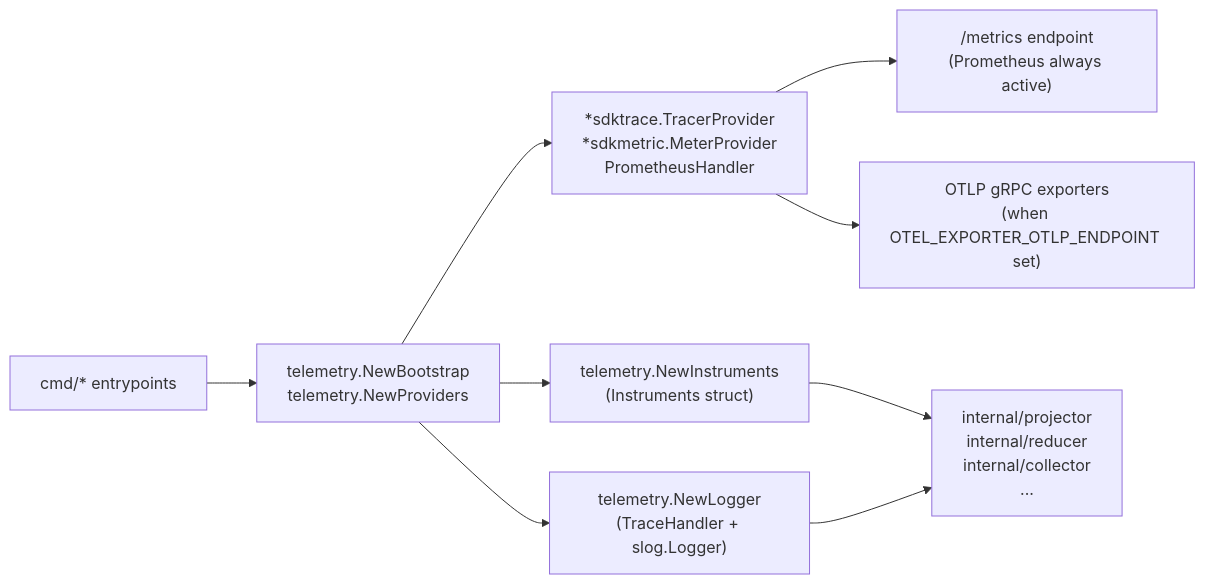
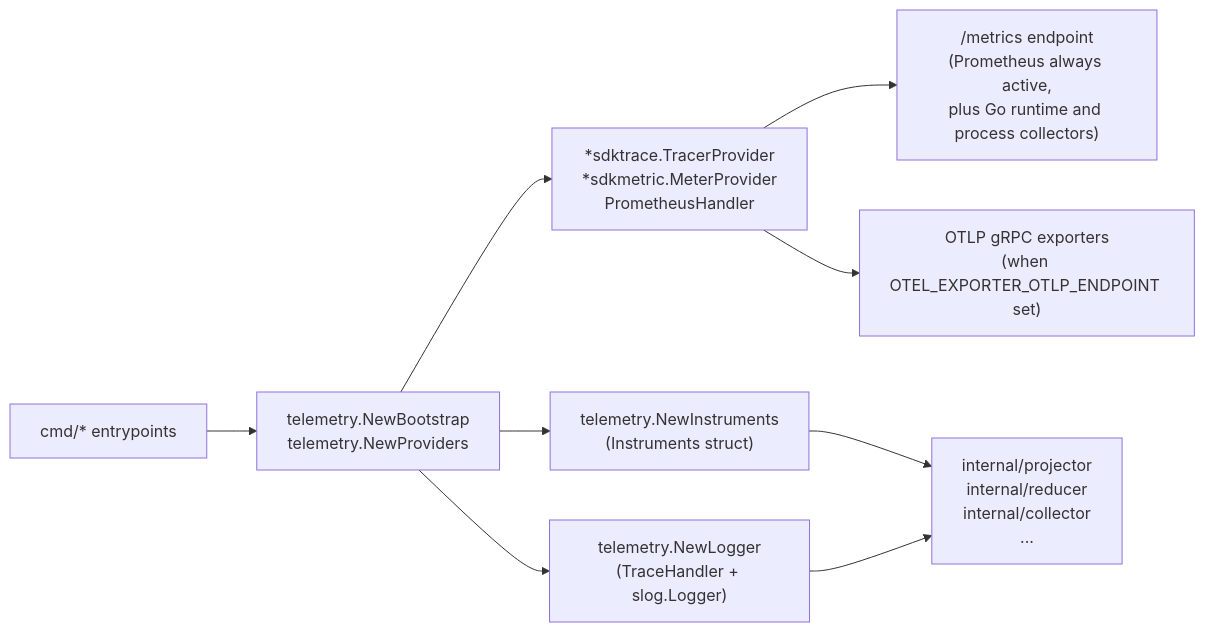
One commit to eshu-hq/eshu changed the diagram in go/internal/telemetry/README.md. Above: the diagram before and after it, drawn with Mermaid. The commit also changed 15 other files, not shown here.

````diff
--- a/go/internal/telemetry/README.md
+++ b/go/internal/telemetry/README.md
@@ -52,11 +52,11 @@
 ```mermaid
 flowchart LR
   A["cmd/* entrypoints"] --> B["telemetry.NewBootstrap\ntelemetry.NewProviders"]
   B --> C["*sdktrace.TracerProvider\n*sdkmetric.MeterProvider\nPrometheusHandler"]
   B --> D["telemetry.NewInstruments\n(Instruments struct)"]
   B --> E["telemetry.NewLogger\n(TraceHandler + slog.Logger)"]
   D --> F["internal/projector\ninternal/reducer\ninternal/collector\n..."]
   E --> F
-  C --> G["/metrics endpoint\n(Prometheus always active)"]
+  C --> G["/metrics endpoint\n(Prometheus always active,\nplus Go runtime and process collectors)"]
   C --> H["OTLP gRPC exporters\n(when OTEL_EXPORTER_OTLP_ENDPOINT set)"]
 ```
````
